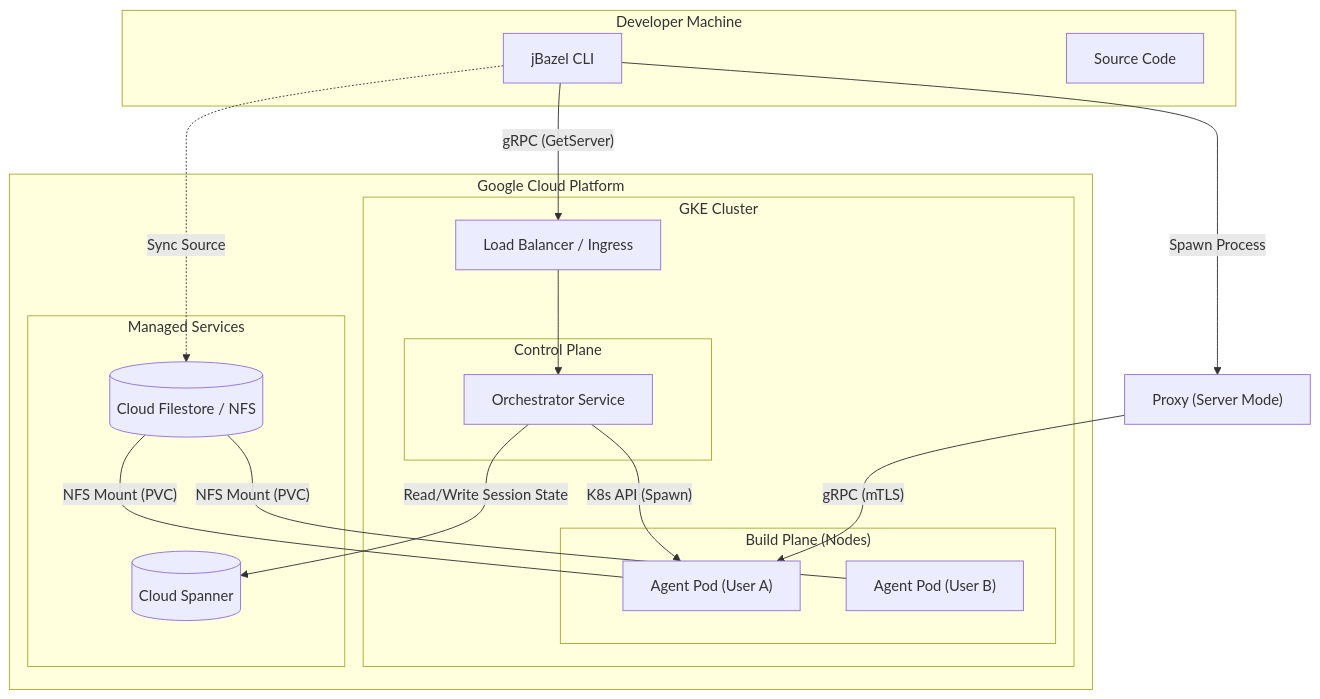
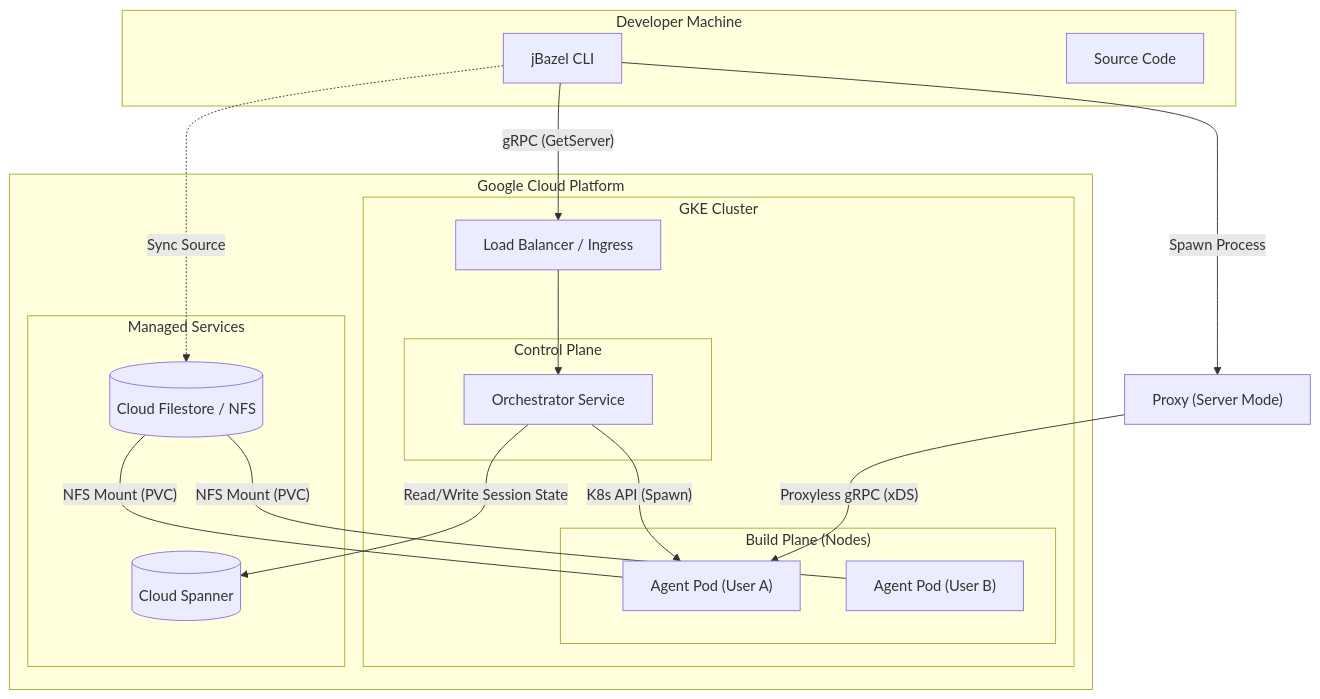
Before and after one commit to JonathanPerry651/remote-build-server: the diagram in docs/production_architecture.md, drawn with Mermaid. The commit also changed other lines of this file and 2 other files, not shown here.

````diff
--- a/docs/production_architecture.md
+++ b/docs/production_architecture.md
@@ -9,44 +9,44 @@
 ```mermaid
 graph TD
     subgraph "Developer Machine"
         Client[jBazel CLI]
         Source[Source Code]
     end
 
     subgraph "Google Cloud Platform"
         subgraph "GKE Cluster"
             Ingress[Load Balancer / Ingress]
             
             subgraph "Control Plane"
                 Orch[Orchestrator Service]
             end
             
             subgraph "Build Plane (Nodes)"
                 AgentPod1["Agent Pod (User A)"]
                 AgentPod2["Agent Pod (User B)"]
             end
         end
 
         subgraph "Managed Services"
             DB[(Cloud Spanner)]
             Filestore[(Cloud Filestore / NFS)]
         end
     end
 
     %% Control Flow
     Client -- "gRPC (GetServer)" --> Ingress
     Ingress --> Orch
     Orch -- Read/Write Session State --> DB
     Orch -- K8s API (Spawn) --> AgentPod1
     
     %% Storage Flow
     Filestore -- "NFS Mount (PVC)" --- AgentPod1
     Filestore -- "NFS Mount (PVC)" --- AgentPod2
     
     %% Execution Flow
     Client -- "Spawn Process" --> Proxy["Proxy (Server Mode)"]
-    Proxy -- "gRPC (mTLS)" --> AgentPod1
+    Proxy -- "Proxyless gRPC (xDS)" --> AgentPod1
     
     %% Data Sync Idea (Implied)
     Client -.->|Sync Source| Filestore
 ```
````
